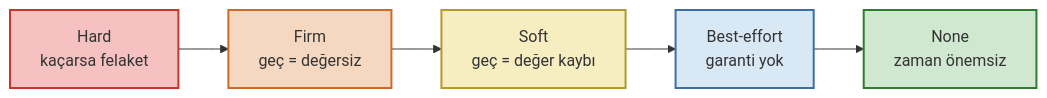
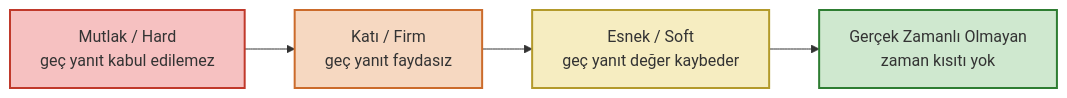
Before and after one commit to Mavrikant/mavrikant.github.io: the diagram in _posts/2026-06-25-gercek-zamanli-sistemler-hard-soft-best-effort.md, drawn with Mermaid. The commit also changed other lines of this file, not shown here.

First line of the commit message:
Gerçek zamanlı sınıflandırmayı ders materyaline göre güncelle

```diff
--- a/_posts/2026-06-25-gercek-zamanli-sistemler-hard-soft-best-effort.md
+++ b/_posts/2026-06-25-gercek-zamanli-sistemler-hard-soft-best-effort.md
@@ -37,9 +39,8 @@
 <div class="mermaid">
 flowchart LR
-    A["Hard<br/>kaçarsa felaket"] --> B["Firm<br/>geç = değersiz"] --> C["Soft<br/>geç = değer kaybı"] --> D["Best-effort<br/>garanti yok"] --> E["None<br/>zaman önemsiz"]
+    A["Mutlak / Hard<br/>geç yanıt kabul edilemez"] --> B["Katı / Firm<br/>geç yanıt faydasız"] --> C["Esnek / Soft<br/>geç yanıt değer kaybeder"] --> D["Gerçek Zamanlı Olmayan<br/>zaman kısıtı yok"]
     style A fill:#f6c1c1,stroke:#c0392b,stroke-width:2px
     style B fill:#f6d8c1,stroke:#cb6b2b,stroke-width:2px
     style C fill:#f6edc1,stroke:#b39a2b,stroke-width:2px
-    style D fill:#d9e8f5,stroke:#3d6fa5,stroke-width:2px
-    style E fill:#cfe8cf,stroke:#2e7d32,stroke-width:2px
+    style D fill:#cfe8cf,stroke:#2e7d32,stroke-width:2px
 </div>
```
